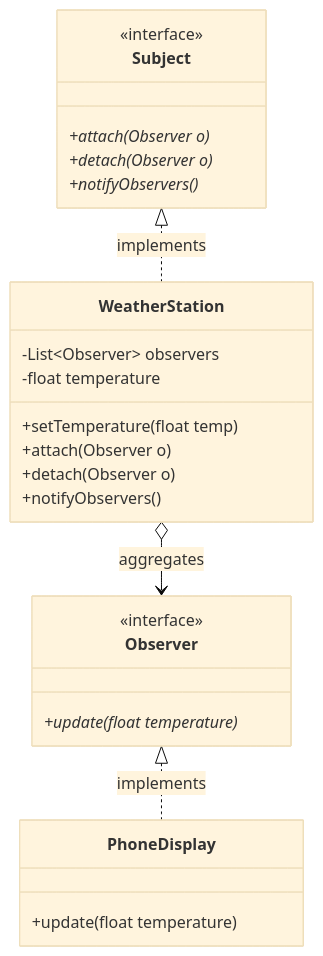
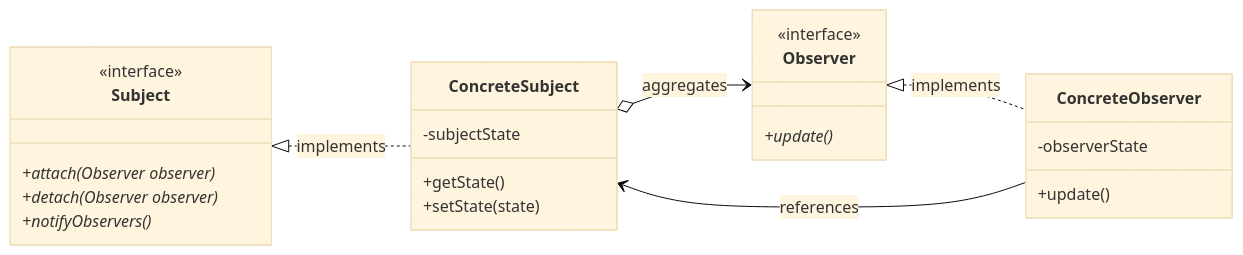
The first of 5 diagrams in release/design_patterns/behavioral/observer.md (MaiTheHao/docs), drawn with Mermaid (base theme) before and after one commit. The commit also changed other lines of this file and 9 other files, not shown here.

````diff
--- a/release/design_patterns/behavioral/observer.md
+++ b/release/design_patterns/behavioral/observer.md
@@ -25,28 +41,31 @@
 ```mermaid
 classDiagram
+    direction LR
+    accTitle: "Sơ đồ cấu trúc lớp của mẫu thiết kế Observer"
+    accDescr: "Biểu diễn mối quan hệ trừu tượng giữa Subject và Observer cùng các lớp triển khai cụ thể"
+
     class Subject {
         <<interface>>
-        +attach(Observer o)*
-        +detach(Observer o)*
+        +attach(Observer observer)*
+        +detach(Observer observer)*
         +notifyObservers()*
     }
-    class WeatherStation {
-        -List~Observer~ observers
-        -float temperature
-        +setTemperature(float temp)
-        +attach(Observer o)
-        +detach(Observer o)
-        +notifyObservers()
+    class ConcreteSubject {
+        -subjectState
+        +getState()
+        +setState(state)
     }
     class Observer {
         <<interface>>
-        +update(float temperature)*
+        +update()*
     }
-    class PhoneDisplay {
-        +update(float temperature)
+    class ConcreteObserver {
+        -observerState
+        +update()
     }
-    
-    Subject <|.. WeatherStation : implements
-    Observer <|.. PhoneDisplay : implements
-    WeatherStation o--> Observer : aggregates
+
+    Subject <|.. ConcreteSubject : implements
+    Observer <|.. ConcreteObserver : implements
+    ConcreteSubject o--> Observer : aggregates
+    ConcreteObserver --> ConcreteSubject : references
 ```
````
